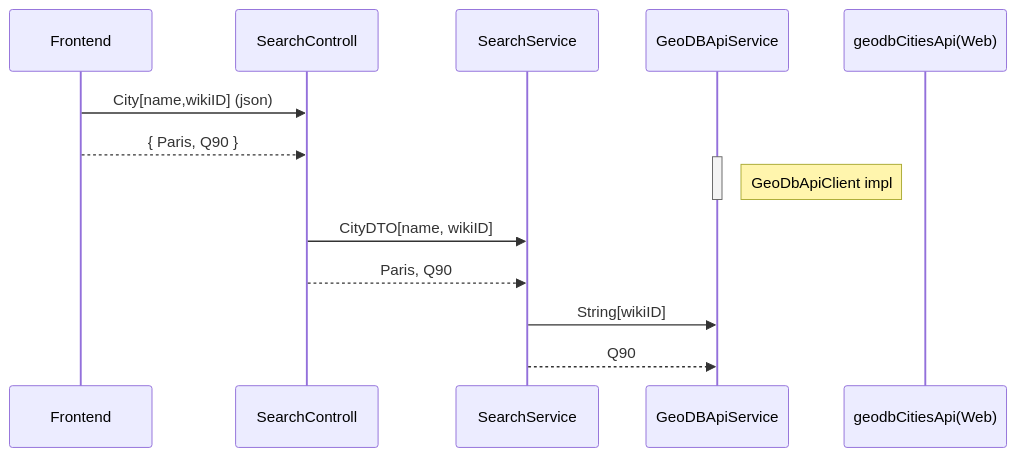
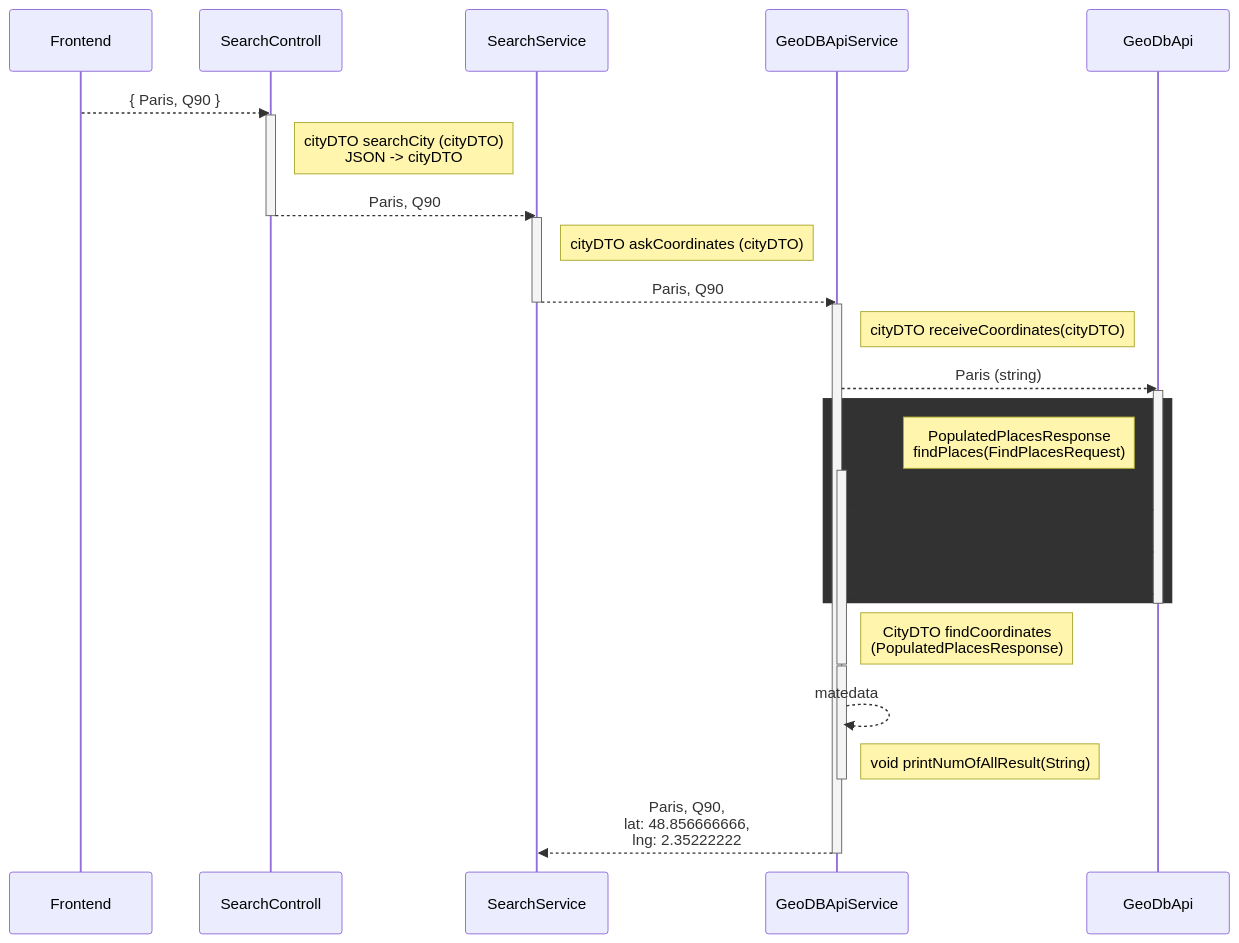
The diagram in README.md (ocelot8421/Airport), drawn with Mermaid before and after one commit. The commit also changed other lines of this file and 4 other files, not shown here.

````diff
--- a/README.md
+++ b/README.md
@@ -16,24 +16,49 @@
 ```mermaid
 sequenceDiagram
     participant Frontend
     participant SearchControll
     participant SearchService
     participant GeoDBApiService
-    participant geodbCitiesApi(Web)
-    
-    Frontend->>SearchControll: City[name,wikiID] (json)
+    participant GeoDbApi
+        
     Frontend-->>SearchControll: { Paris, Q90 }
     
+    activate SearchControll
+    Note right of SearchControll: cityDTO searchCity (cityDTO)<br/>JSON -> cityDTO
+    SearchControll-->>SearchService: Paris, Q90
+    deactivate SearchControll
+    
+    
+    activate SearchService
+    Note right of SearchService: cityDTO askCoordinates (cityDTO)
+        
+    SearchService-->>GeoDBApiService: Paris, Q90
+    deactivate SearchService
+    
     activate GeoDBApiService
-    Note right of GeoDBApiService: GeoDbApiClient impl
+    Note right of GeoDBApiService: cityDTO receiveCoordinates(cityDTO)
+    GeoDBApiService-->>GeoDbApi: Paris (string)
+    activate GeoDbApi
+    rect rgb(50, 50, 50)
+    Note left of GeoDbApi: PopulatedPlacesResponse<br/>findPlaces(FindPlacesRequest)
+    activate GeoDBApiService
+        GeoDbApi-->>GeoDBApiService: Paris ...
+        GeoDbApi-->>GeoDBApiService: Parish of Saint Andrew  ...
+        GeoDbApi-->>GeoDBApiService: ... 50 results 
+    end
+    
+    deactivate GeoDbApi
+    Note right of GeoDBApiService: CityDTO findCoordinates<br/>(PopulatedPlacesResponse)
     deactivate GeoDBApiService
     
-    SearchControll->>SearchService: CityDTO[name, wikiID]
-    SearchControll-->>SearchService: Paris, Q90
-    SearchService->>GeoDBApiService: String[wikiID]
-    SearchService-->>GeoDBApiService: Q90
+    activate GeoDBApiService
+    GeoDBApiService-->>GeoDBApiService: matedata
+    Note right of GeoDBApiService: void printNumOfAllResult(String)
+    deactivate GeoDBApiService
+    
+    GeoDBApiService-->>SearchService: Paris, Q90,<br/>lat: 48.856666666,<br/>lng: 2.35222222
+    deactivate GeoDBApiService
+    
     
 
-
-
 ```
````
